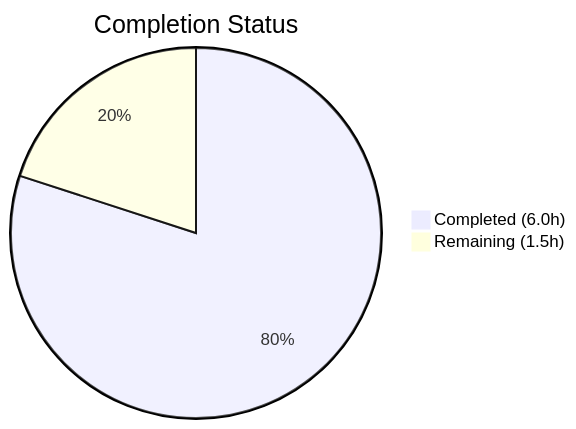
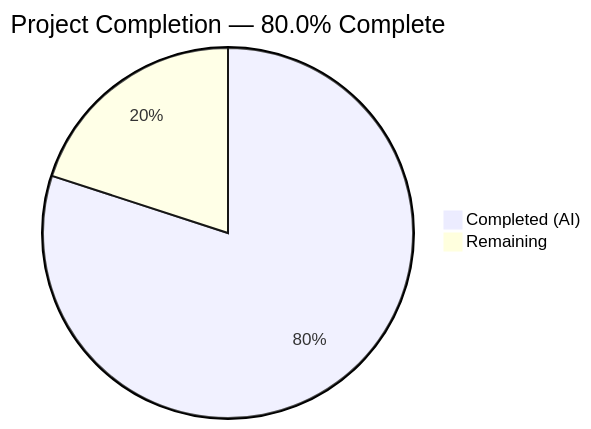
One commit to TestadoBlitzy/Existing-product changed the first of 2 diagrams in blitzy/documentation/Project Guide.md. Above: the diagram before and after it, drawn with Mermaid. The commit also changed other lines of this file, not shown here.

Commit message:
Adding Blitzy Project Guide: Project Status and Human Tasks Remaining

````diff
--- a/blitzy/documentation/Project Guide.md
+++ b/blitzy/documentation/Project Guide.md
@@ -13,5 +13,5 @@
 ```mermaid
-pie title Completion Status
-    "Completed (6.0h)" : 6.0
-    "Remaining (1.5h)" : 1.5
+pie title Project Completion — 80.0% Complete
+    "Completed (AI)" : 6
+    "Remaining" : 1.5
 ```
````
